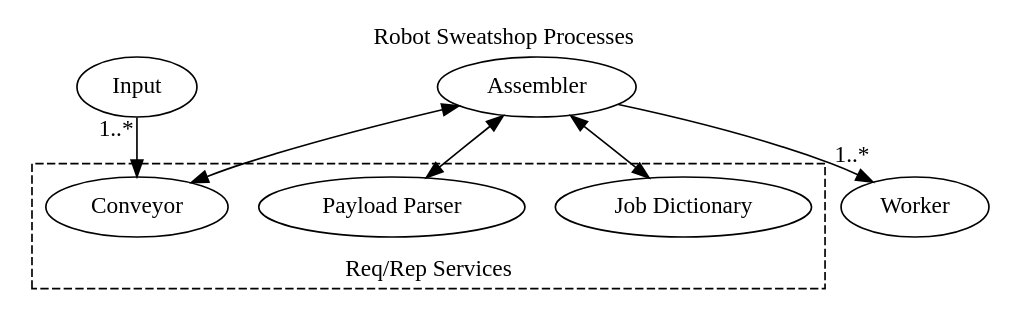
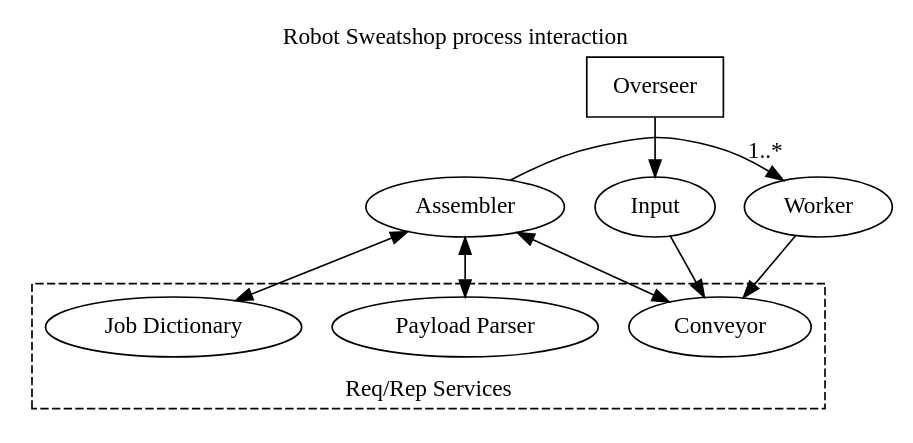
Before and after one commit to JScott/robot_sweatshop: the diagram in docs/architecture.dot, drawn with Graphviz. The commit also changed 2 other files, not shown here.

Commit message:
Added Overseer to the docs

```diff
--- a/docs/architecture.dot
+++ b/docs/architecture.dot
@@ -1,22 +1,27 @@
 digraph architecture {
-  label="Robot Sweatshop Processes"
+  label="Robot Sweatshop process interaction"
   labelloc="top"
 
+  O [label="Overseer",shape=box]
   I [label="Input"]
   A [label="Assembler"]
   W [label="Worker"]
-  subgraph cluster_0 {
+  subgraph cluster_services {
     label="Req/Rep Services"
     labelloc="bottom"
     style="dashed"
     C [label="Conveyor"]
     P [label="Payload Parser"]
     D [label="Job Dictionary"]
   }
 
-  I->C [taillabel="1..*"]
+  O->I
+  I->C
   A->C [dir="both"]
   A->P [dir="both"]
   A->D [dir="both"]
   A->W [headlabel="1..*",labeldistance=2]
+  W->C
+
+  { rank=same; I W A }
 }
```
